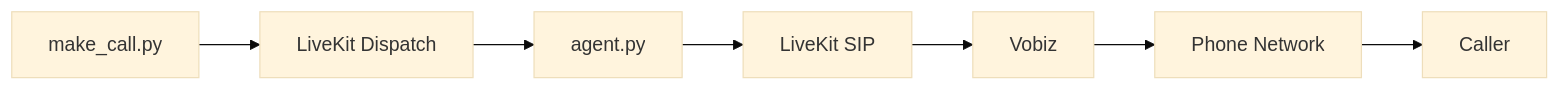
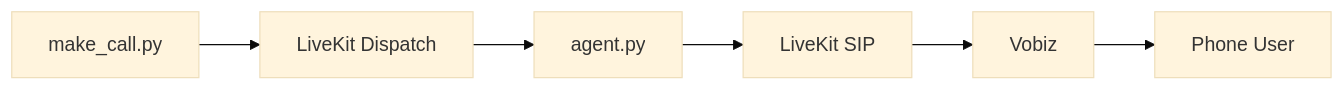
One commit to Kumkum-kaushik/render-deployment changed the first of 2 diagrams in README.md. Above: the diagram before and after it, drawn with Mermaid (base theme). The commit also changed other lines of this file and 30 other files, not shown here.

````diff
--- a/README.md
+++ b/README.md
@@ -30,9 +55,8 @@
 ```mermaid
 flowchart LR
     CLI[make_call.py] --> LK[LiveKit Dispatch]
     LK --> AGENT[agent.py]
     AGENT --> SIP[LiveKit SIP]
     SIP --> VOBIZ[Vobiz]
-    VOBIZ --> PSTN[Phone Network]
-    PSTN --> USER[Caller]
+    VOBIZ --> USER[Phone User]
 ```
````
